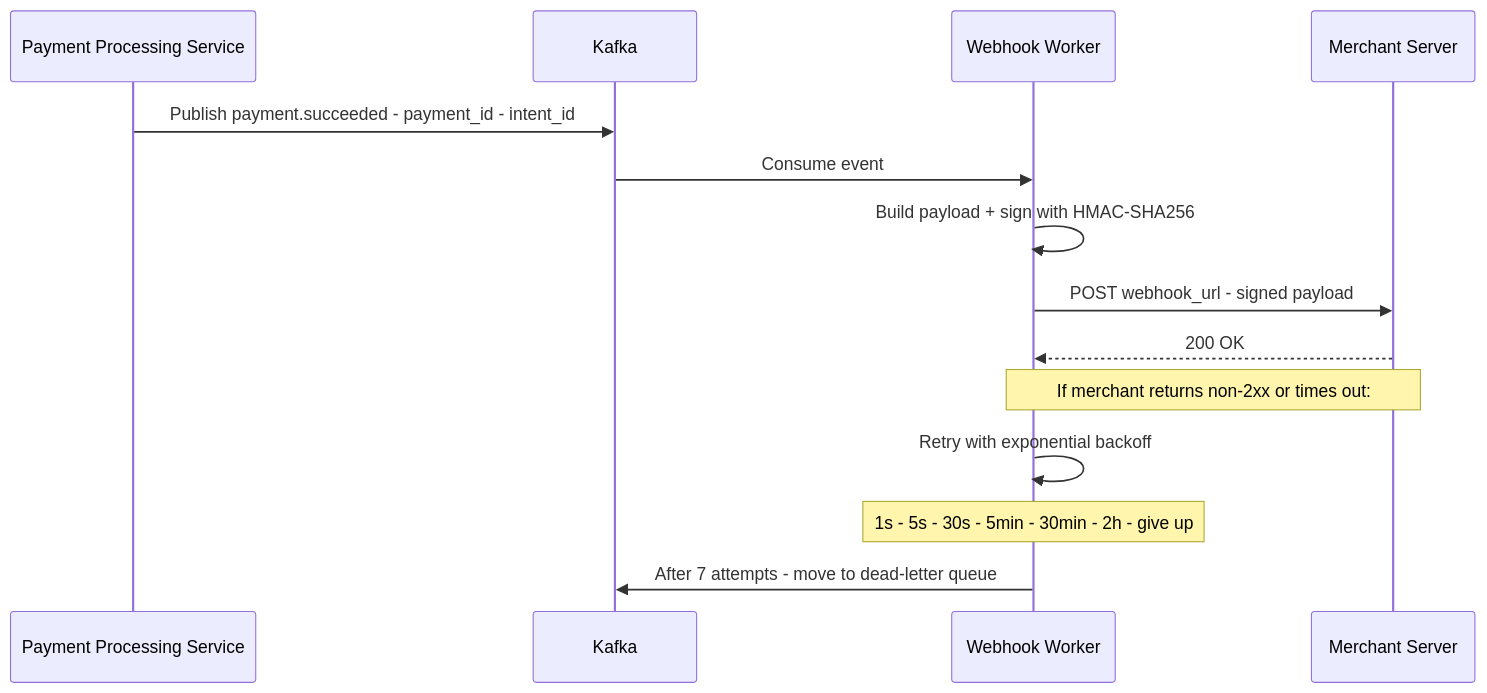
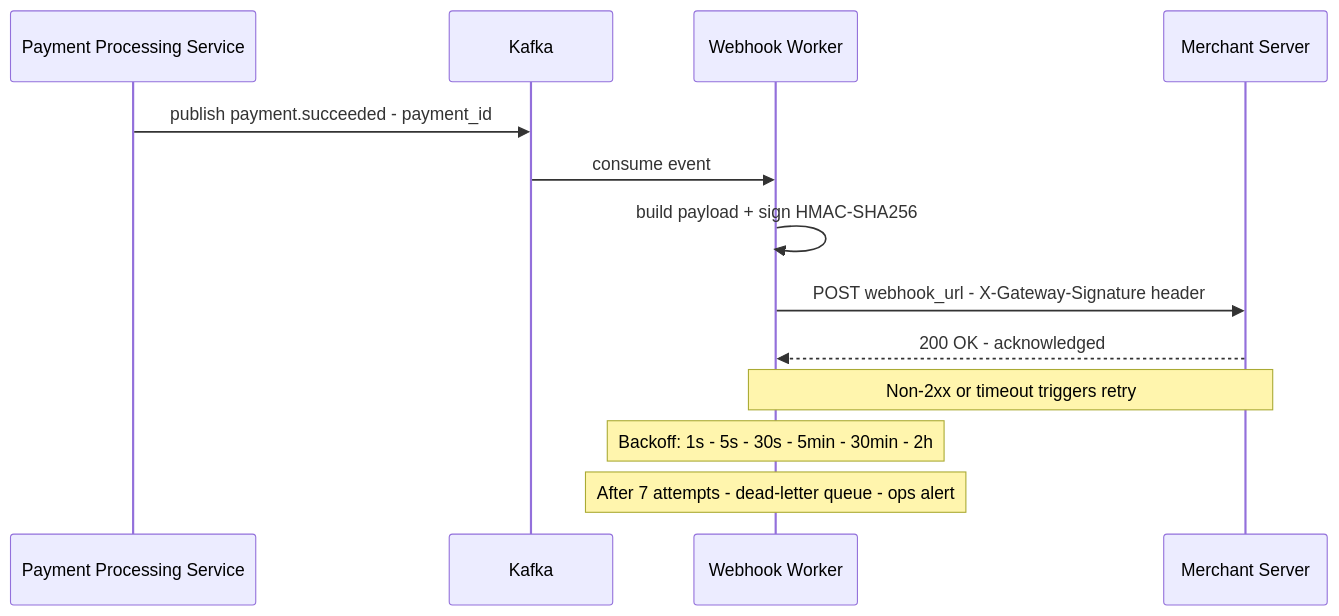
One commit to shyamalm88/MechineCoding changed the fifth of 6 diagrams in system-design/latest & updated/payment-gateway-stripe.md. Above: the diagram before and after it, drawn with Mermaid. The commit also changed other lines of this file and 9 other files, not shown here.

````diff
--- a/system-design/latest & updated/payment-gateway-stripe.md
+++ b/system-design/latest & updated/payment-gateway-stripe.md
@@ -859,18 +360,17 @@
 ```mermaid
 sequenceDiagram
     participant PPS as Payment Processing Service
     participant Kafka as Kafka
     participant WW as Webhook Worker
     participant Merchant as Merchant Server
 
-    PPS->>Kafka: Publish payment.succeeded - payment_id - intent_id
-    Kafka->>WW: Consume event
-    WW->>WW: Build payload + sign with HMAC-SHA256
-    WW->>Merchant: POST webhook_url - signed payload
-    Merchant-->>WW: 200 OK
+    PPS->>Kafka: publish payment.succeeded - payment_id
+    Kafka->>WW: consume event
+    WW->>WW: build payload + sign HMAC-SHA256
+    WW->>Merchant: POST webhook_url - X-Gateway-Signature header
+    Merchant-->>WW: 200 OK - acknowledged
 
-    Note over WW,Merchant: If merchant returns non-2xx or times out:
-    WW->>WW: Retry with exponential backoff
-    Note over WW: 1s - 5s - 30s - 5min - 30min - 2h - give up
-    WW->>Kafka: After 7 attempts - move to dead-letter queue
+    Note over WW,Merchant: Non-2xx or timeout triggers retry
+    Note over WW: Backoff: 1s - 5s - 30s - 5min - 30min - 2h
+    Note over WW: After 7 attempts - dead-letter queue - ops alert
 ```
````
